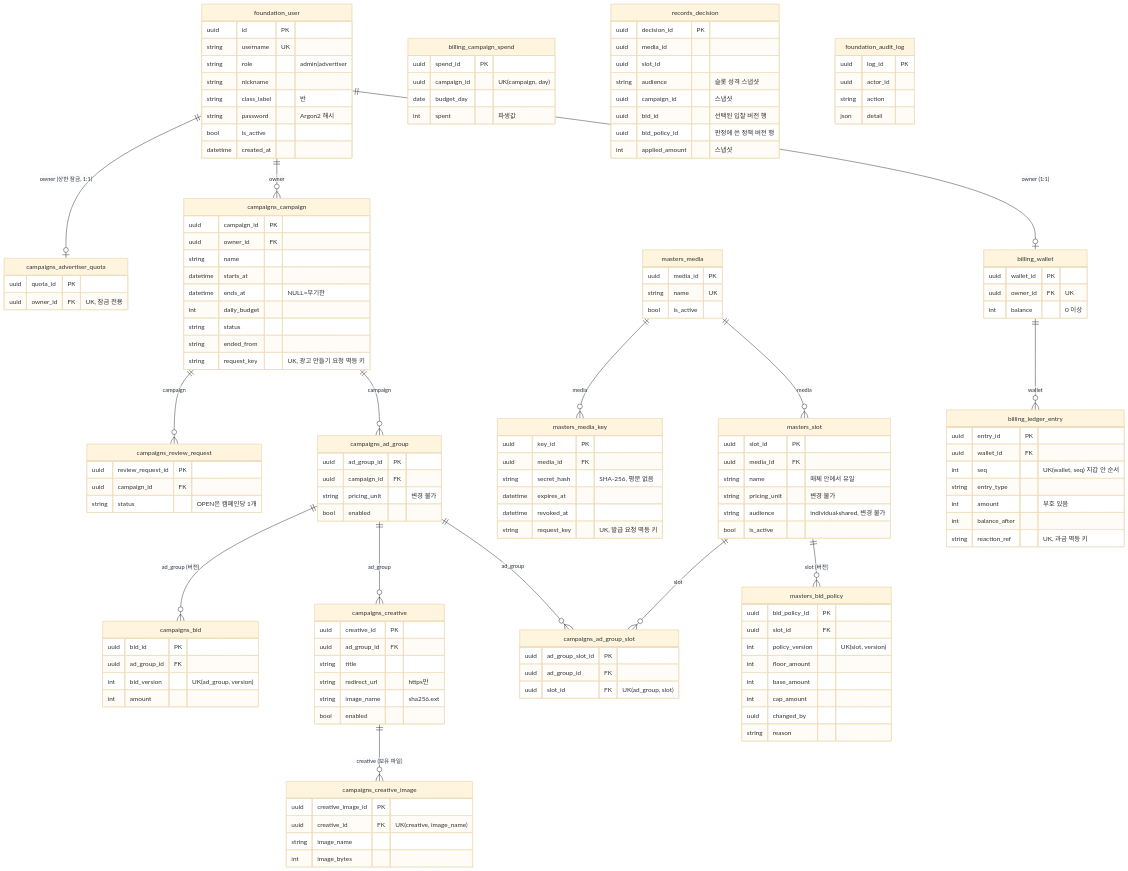
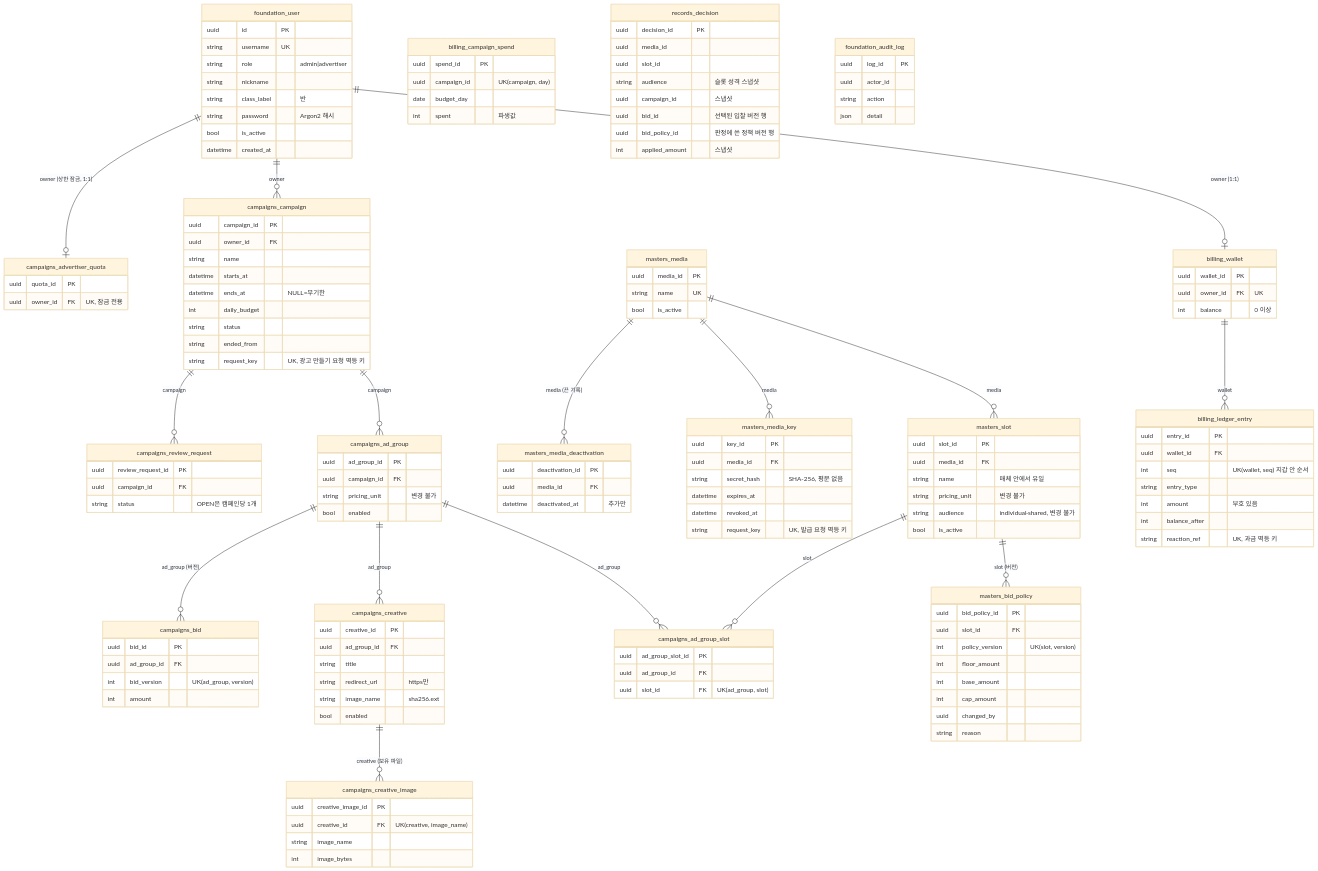
One commit to encore-ai-campus/mlo-01-p3-team2 changed the second of 7 diagrams in docs/ads-server/ads-server-drd.md. Above: the diagram before and after it, drawn with Mermaid (base theme). The commit also changed other lines of this file and 5 other files, not shown here.

```diff
--- a/docs/ads-server/ads-server-drd.md
+++ b/docs/ads-server/ads-server-drd.md
@@ -188,6 +188,7 @@
     campaigns_ad_group ||--o{ campaigns_bid : "ad_group (버전)"
     billing_wallet ||--o{ billing_ledger_entry : "wallet"
     masters_media ||--o{ masters_media_key : "media"
+    masters_media ||--o{ masters_media_deactivation : "media (끈 기록)"
     campaigns_creative ||--o{ campaigns_creative_image : "creative (보유 파일)"
     foundation_user ||--o| campaigns_advertiser_quota : "owner (상한 잠금, 1:1)"
 
@@ -303,6 +304,11 @@
         datetime revoked_at
         string request_key "UK, 발급 요청 멱등 키"
     }
+    masters_media_deactivation {
+        uuid deactivation_id PK
+        uuid media_id FK
+        datetime deactivated_at "추가만"
+    }
     campaigns_creative_image {
         uuid creative_image_id PK
         uuid creative_id FK "UK(creative, image_name)"
```
